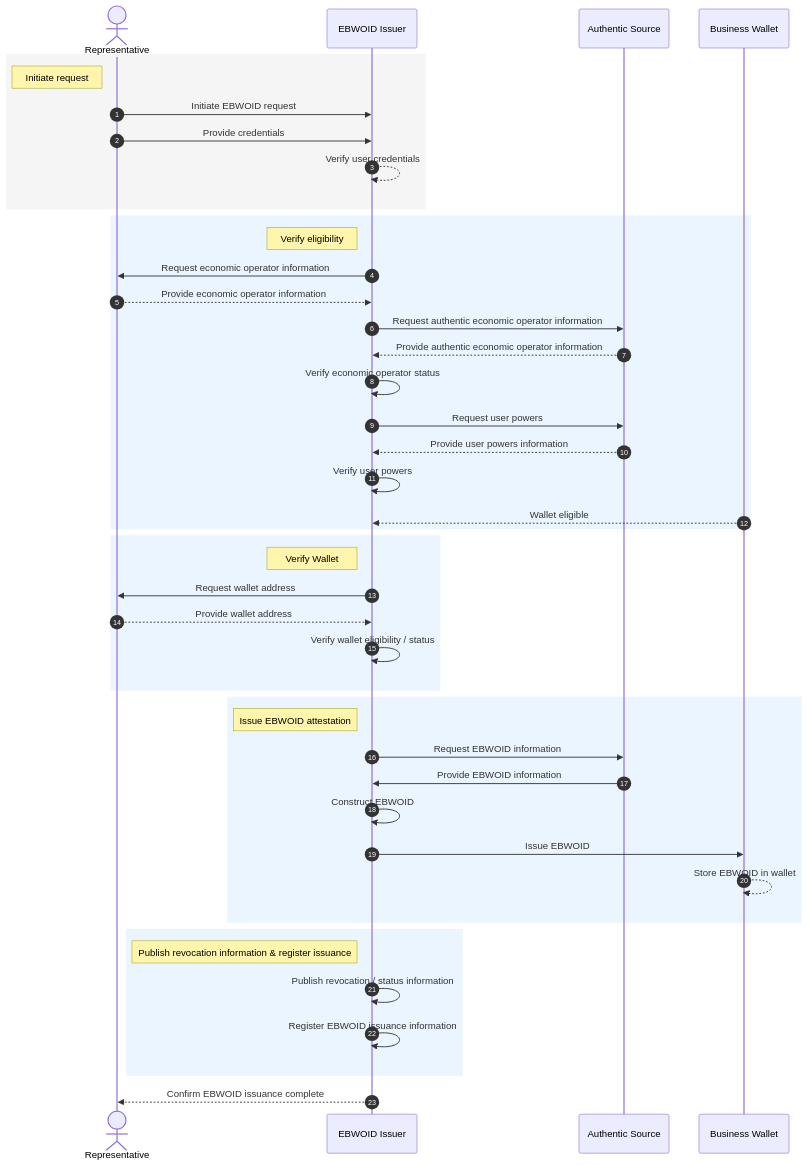
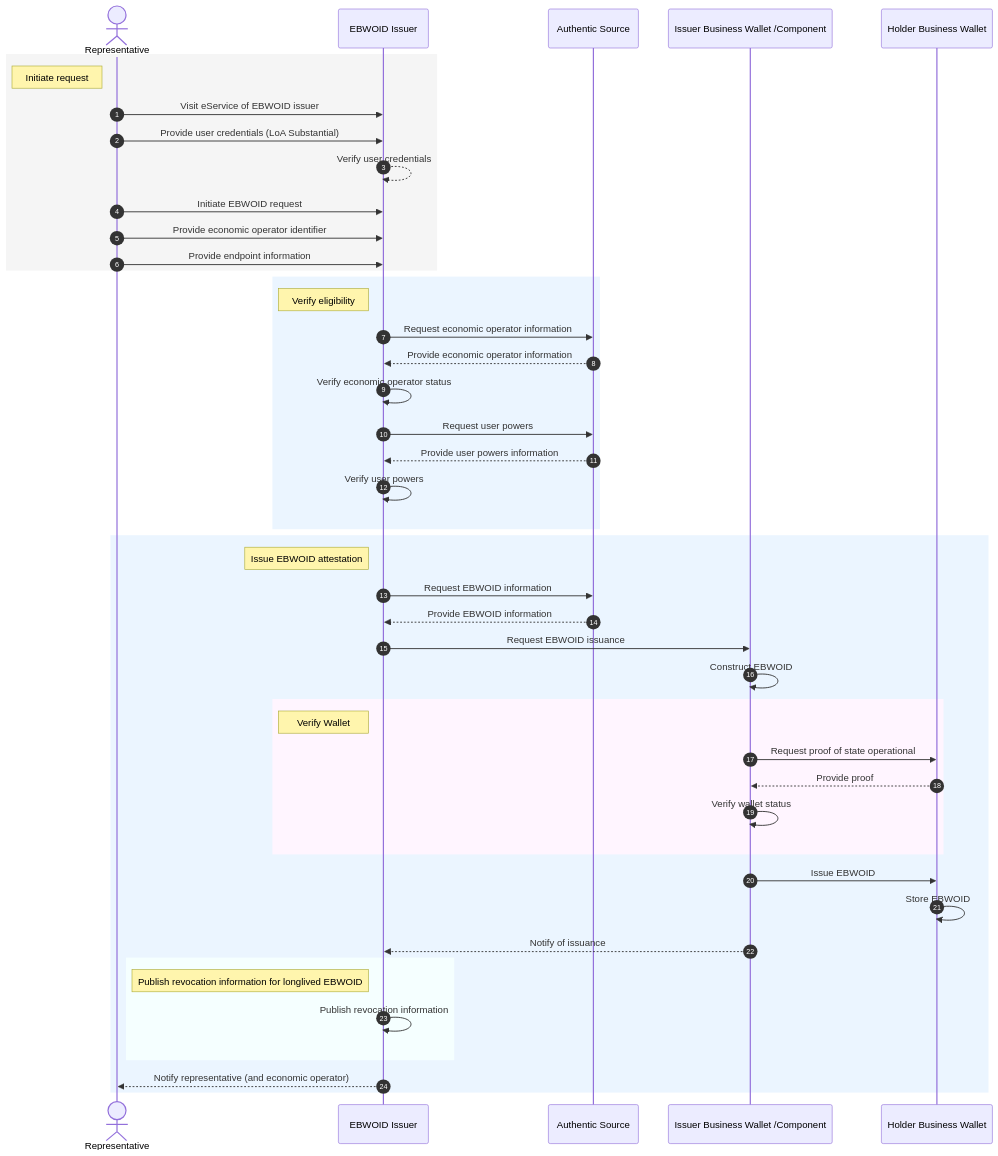
Before and after one commit to webuild-consortium/wp4-architecture: the third of 3 diagrams in blueprint/04-integration-model.md, drawn with Mermaid.

Commit message:
Update 04-integration-model.md
Added updated mermaid for EBWOID issuance from the EBWOID onboarding task group.

````diff
--- a/blueprint/04-integration-model.md
+++ b/blueprint/04-integration-model.md
@@ -81,54 +81,63 @@
 ``` mermaid
 sequenceDiagram
   autonumber
   actor Rep as Representative
   participant Issuer as EBWOID Issuer
   participant AS as Authentic Source
-  participant Wallet as Business Wallet
-  %%participant Reg as Revocation / Directory Services
+  participant IW as Issuer Business Wallet /Component
+  participant HW as Holder Business Wallet
+  %%participant Reg as Revocation Directory
 
   rect rgb(245,245,245)
     Note left of Rep: Initiate request
+    Rep->>Issuer: Visit eService of EBWOID issuer
+    %% either through an eservice or initiated from the wallet
+    Rep->>Issuer: Provide user credentials (LoA Substantial)
+    Issuer-->>Issuer: Verify user credentials
     Rep->>Issuer: Initiate EBWOID request
-    Rep->>Issuer: Provide credentials 
-    Issuer-->>Issuer: Verify user credentials
+    Rep->>Issuer: Provide economic operator identifier
+    %%user can either provide, select or choose the identifier
+    Rep->>Issuer: Provide endpoint information
+    %%EBW. could be previously registered. issuer needs to understand where to send the credential offer
   end
 
   rect rgb(235,245,255)
     Note left of Issuer: Verify eligibility
-      Issuer->>Rep: Request economic operator information
-      Rep-->>Issuer: Provide economic operator information
-      Issuer->>AS: Request authentic economic operator information
-      AS-->>Issuer: Provide authentic economic operator information
+      Issuer->>AS: Request economic operator information
+      AS-->>Issuer: Provide economic operator information
       Issuer->>Issuer: Verify economic operator status
       Issuer->>AS: Request user powers
       AS-->>Issuer: Provide user powers information
       Issuer->>Issuer: Verify user powers
-      Wallet-->>Issuer: Wallet eligible
+      %%Assumption the user has representation or signatory rights to request EBWOID issuance according to national regulation
+      %%The issuer may need a signature as part of the eligibility process
   end
   
-rect rgb(235,245,255)
-    Note left of Issuer: Verify Wallet
-    Issuer->>Rep: Request wallet address
-    Rep-->>Issuer: Provide wallet address
-    Issuer->>Issuer: Verify wallet eligibility / status
-end
-
   rect rgb(235,245,255)
     Note left of Issuer: Issue EBWOID attestation
     Issuer->>AS: Request EBWOID information
-    AS->>Issuer: Provide EBWOID information
-    Issuer->>Issuer: Construct EBWOID
-    Issuer->>Wallet: Issue EBWOID
-    Wallet-->>Wallet: Store EBWOID in wallet
-  end
+    AS-->>Issuer: Provide EBWOID information
+    Issuer->>IW: Request EBWOID issuance
+    IW->>IW: Construct EBWOID
 
-  rect rgb(235,245,255)
-    Note left of Issuer: Publish revocation information & register issuance
-    %% Should it be the issuer or will there be a revocation or directory service
-    Issuer->>Issuer: Publish revocation / status information
-    Issuer->>Issuer: Register EBWOID issuance information
-  end
+    rect rgb(255,245,255)
+%%Verify that the wallet is operational to receive the EBWOID credential
 
-  Issuer-->>Rep: Confirm EBWOID issuance complete
+    Note left of Issuer: Verify Wallet
+    IW->>HW: Request proof of state operational
+    HW-->>IW: Provide proof
+    IW->>IW: Verify wallet status
+end
+    IW->>HW: Issue EBWOID
+    HW->>HW: Store EBWOID
+    %%Business 
+    IW-->>Issuer: Notify of issuance
+    
+    rect rgb(245,345,355)
+    Note left of Issuer: Publish revocation information for longlived EBWOID
+    Issuer->>Issuer: Publish revocation information
+    %%Publish to Trust register
+end
+    Issuer-->>Rep: Notify representative (and economic operator)
+end
 ```
````
